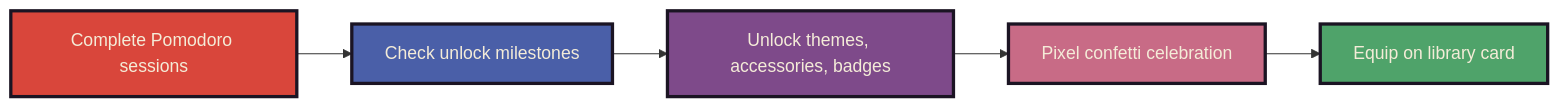
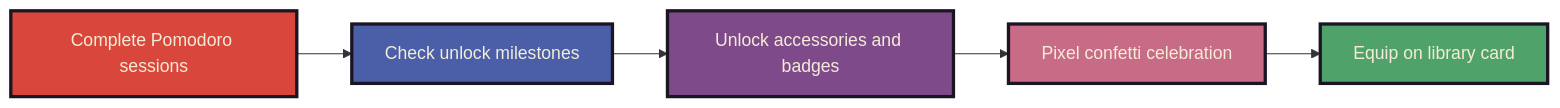
Diagram 12 of 13 in README.md (AdityaSurse/pixel-library), drawn with Mermaid before and after one commit. The commit also changed other lines of this file and 4 other files, not shown here.

Commit message:
Make all library themes free; keep accessories and badges as unlockables

````diff
--- a/README.md
+++ b/README.md
@@ -452,14 +452,14 @@
 ```mermaid
 flowchart LR
     classDef red fill:#d9463b,stroke:#1b1423,stroke-width:3px,color:#f4ecd8;
     classDef mustard fill:#e0a84a,stroke:#1b1423,stroke-width:3px,color:#f4ecd8;
     classDef green fill:#4fa36a,stroke:#1b1423,stroke-width:3px,color:#f4ecd8;
     classDef blue fill:#4a5fa8,stroke:#1b1423,stroke-width:3px,color:#f4ecd8;
     classDef purple fill:#7e4a8a,stroke:#1b1423,stroke-width:3px,color:#f4ecd8;
     classDef pink fill:#c86b86,stroke:#1b1423,stroke-width:3px,color:#f4ecd8;
 
     U1["Complete Pomodoro sessions"]:::red --> U2["Check unlock milestones"]:::blue
-    U2 --> U3["Unlock themes, accessories, badges"]:::purple
+    U2 --> U3["Unlock accessories and badges"]:::purple
     U3 --> U4["Pixel confetti celebration"]:::pink
     U4 --> U5["Equip on library card"]:::green
 ```
````
